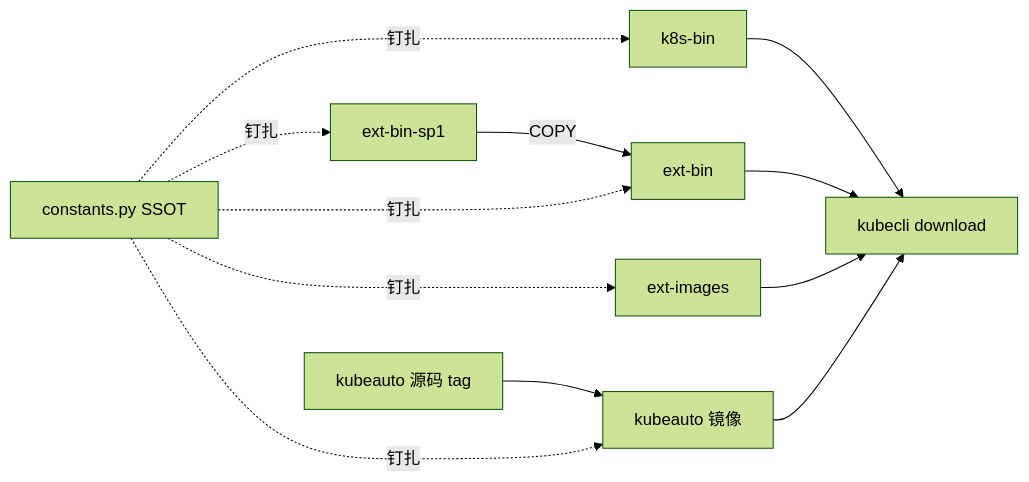
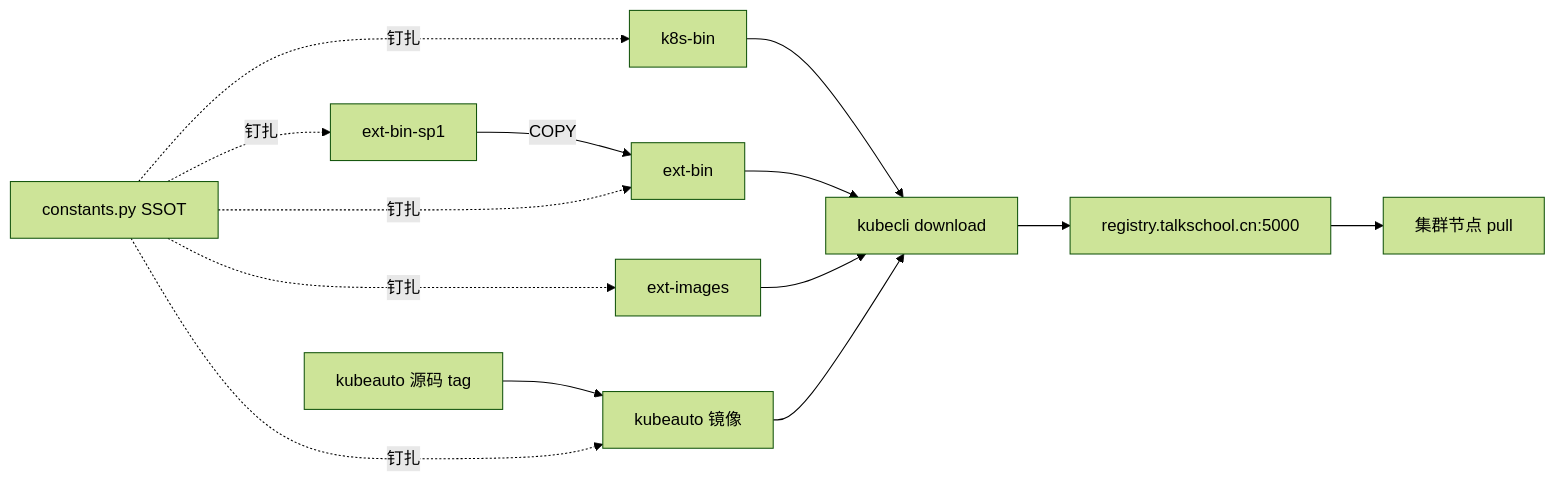
Before and after one commit to brinnatt/kubeauto: the first of 2 diagrams in docs/whitepaper/13-artifact-supply-chain.md, drawn with Mermaid (forest theme). The commit also changed other lines of this file and 20 other files, not shown here.

````diff
--- a/docs/whitepaper/13-artifact-supply-chain.md
+++ b/docs/whitepaper/13-artifact-supply-chain.md
@@ -5,10 +14,12 @@
 ```mermaid
 flowchart LR
   SP1[ext-bin-sp1] -->|COPY| EXT[ext-bin]
   K8S[k8s-bin] --> DL[kubecli download]
   EXT --> DL
   IMG[ext-images] --> DL
   KA[kubeauto 源码 tag] --> DF[kubeauto 镜像]
   DF --> DL
   CONST[constants.py SSOT] -.钉扎.-> SP1 & EXT & K8S & IMG & DF
+  DL --> REG[registry.talkschool.cn:5000]
+  REG --> NODES[集群节点 pull]
 ```
````
